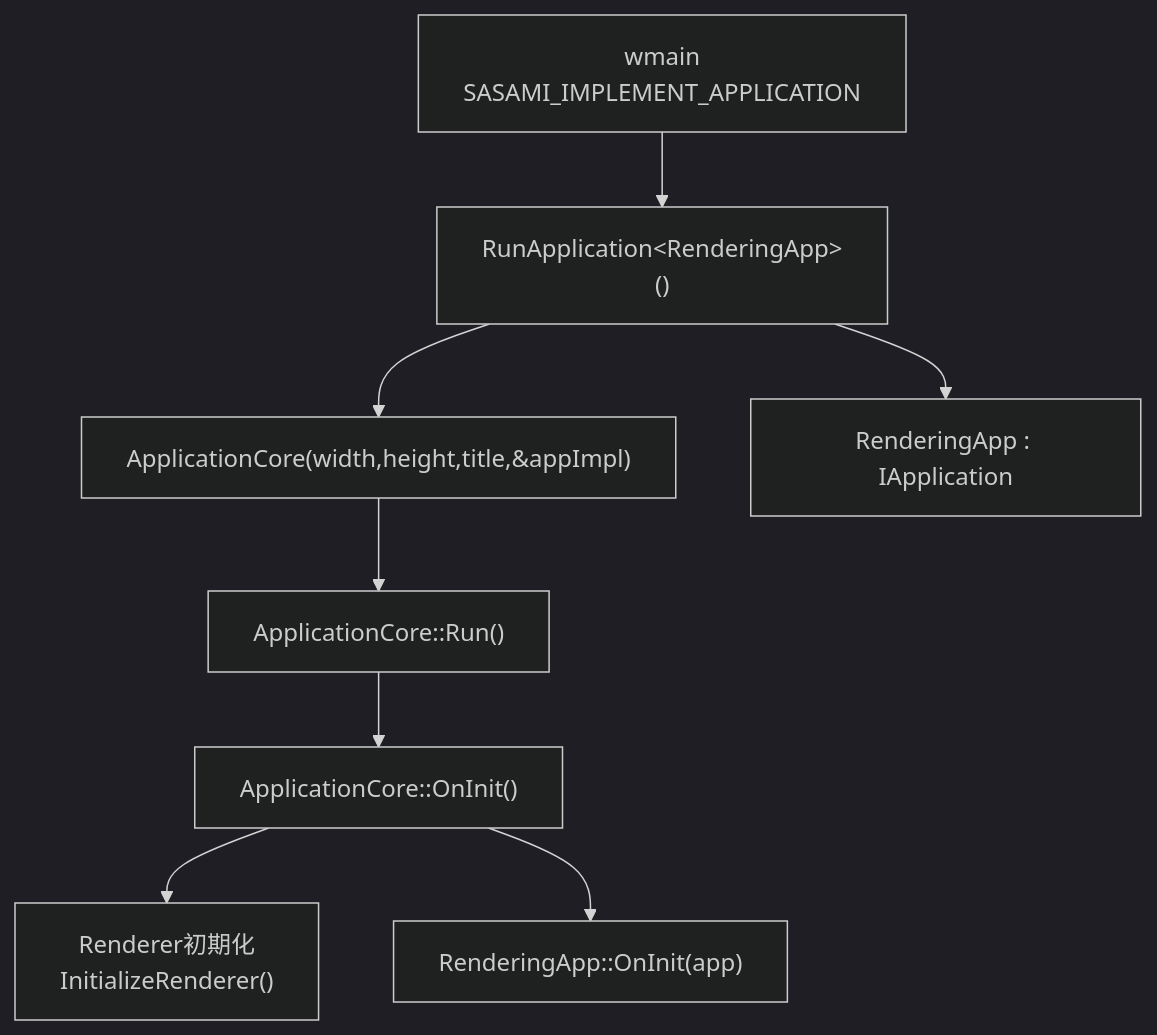
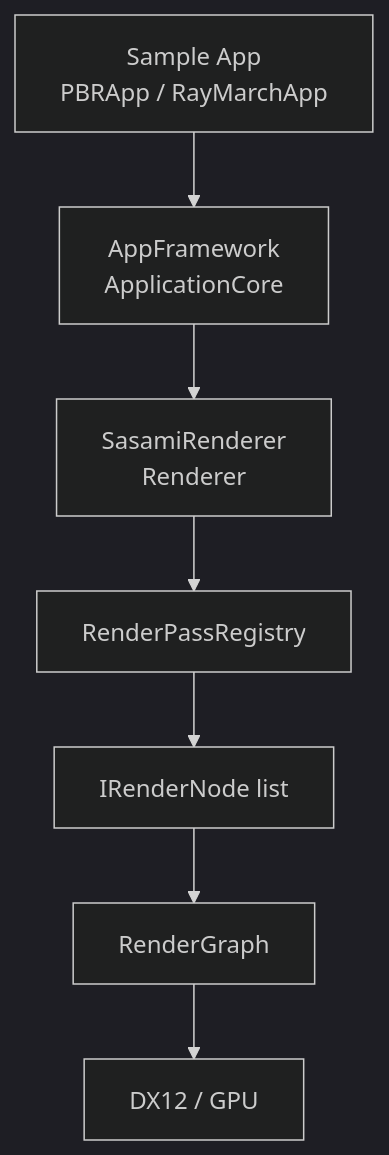
The first of 2 diagrams in README.md (ShiromiSasami/SasamiRenderer), drawn with Mermaid (dark theme) before and after one commit. The commit also changed other lines of this file and 29 other files, not shown here.

````diff
--- a/README.md
+++ b/README.md
@@ -19,10 +152,9 @@
 ```mermaid
 flowchart TD
-    A["wmain<br/>SASAMI_IMPLEMENT_APPLICATION"] --> B["RunApplication&lt;RenderingApp&gt;()"]
-    B --> C["ApplicationCore(width,height,title,&appImpl)"]
-    B --> D["RenderingApp : IApplication"]
-    C --> E["ApplicationCore::Run()"]
-    E --> F["ApplicationCore::OnInit()"]
-    F --> G["Renderer初期化<br/>InitializeRenderer()"]
-    F --> H["RenderingApp::OnInit(app)"]
+    A["Sample App<br/>PBRApp / RayMarchApp"] --> B["AppFramework<br/>ApplicationCore"]
+    B --> C["SasamiRenderer<br/>Renderer"]
+    C --> D["RenderPassRegistry"]
+    D --> E["IRenderNode list"]
+    E --> F["RenderGraph"]
+    F --> G["DX12 / GPU"]
 ```
````
